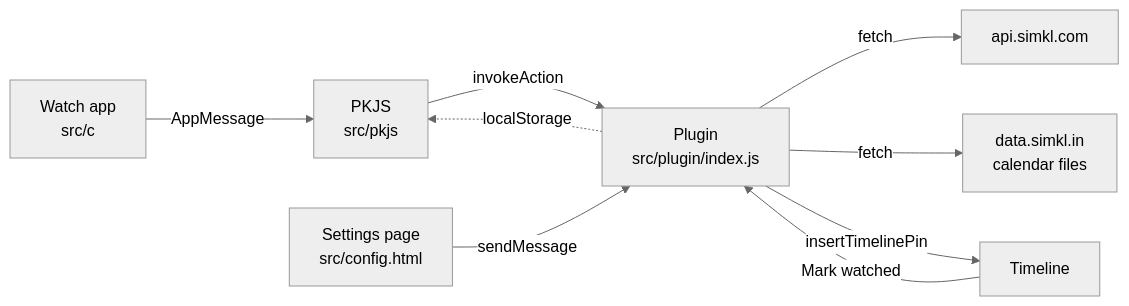
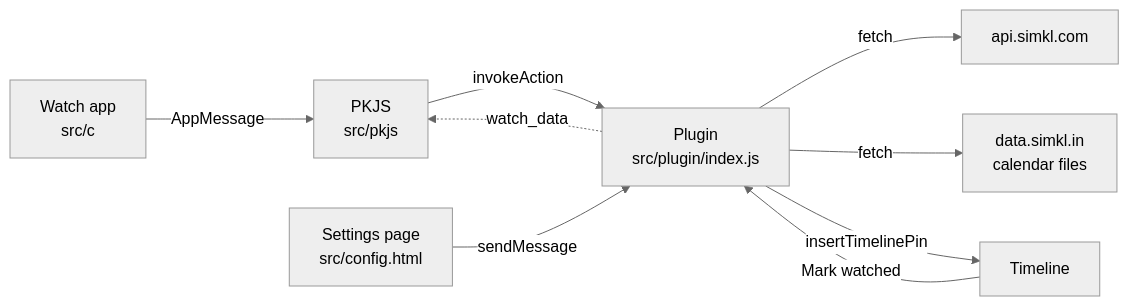
One commit to Sylonin/simkl-timeline changed the diagram in docs/design.md. Above: the diagram before and after it, drawn with Mermaid (neutral theme). The commit also changed other lines of this file and 9 other files, not shown here.

First line of the commit message:
fix(plugin): keep plugin state out of localStorage, which PKJS overwrites

````diff
--- a/docs/design.md
+++ b/docs/design.md
@@ -15,11 +15,11 @@
 ```mermaid
 flowchart LR
   W[Watch app<br/>src/c] -- AppMessage --> J[PKJS<br/>src/pkjs]
   J -- invokeAction --> P[Plugin<br/>src/plugin/index.js]
   S[Settings page<br/>src/config.html] -- sendMessage --> P
   P -- fetch --> A[api.simkl.com]
   P -- fetch --> C[data.simkl.in<br/>calendar files]
   P -- insertTimelinePin --> T[Timeline]
   T -- Mark watched --> P
-  P -. localStorage .-> J
+  P -. watch_data .-> J
 ```
````
